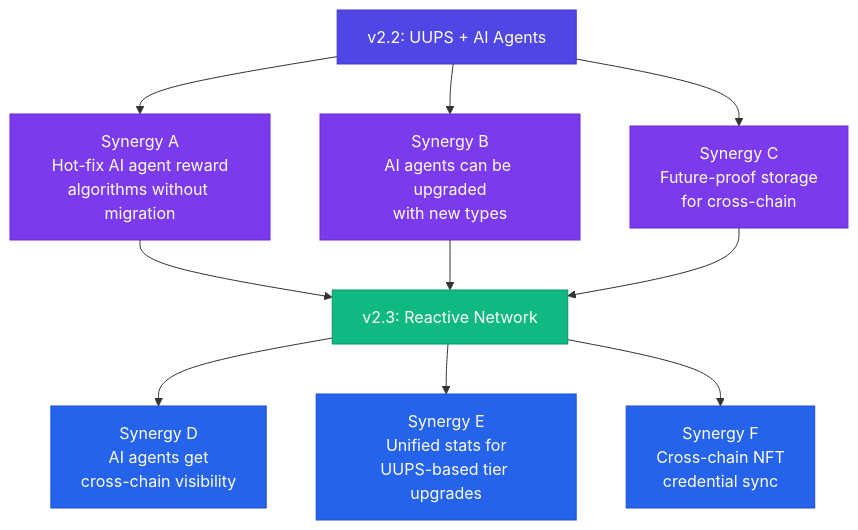
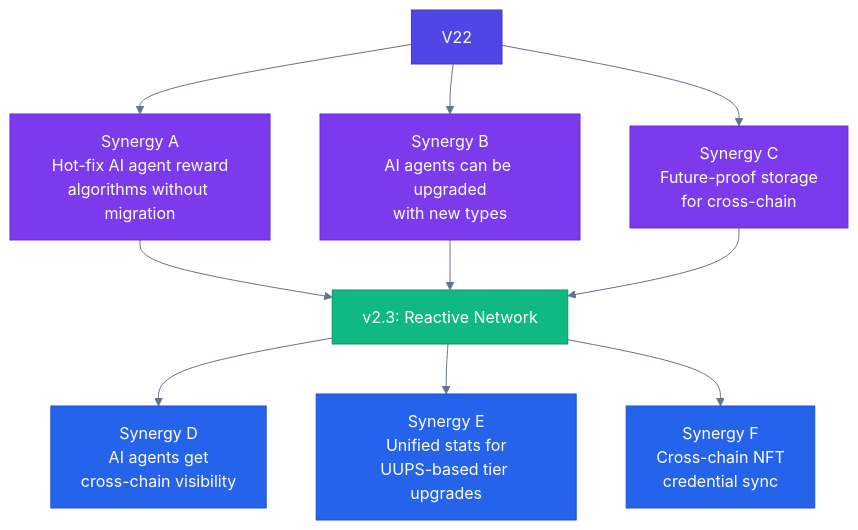
One commit to guglxni/the-fixer-hook changed the first of 13 diagrams in docs/ENHANCEMENT_BRAINSTORM.md. Above: the diagram before and after it, drawn with Mermaid. The commit also changed other lines of this file and 514 other files, not shown here.

Commit message:
Clean docs: remove emojis, add professional mermaid styling

````diff
--- a/docs/ENHANCEMENT_BRAINSTORM.md
+++ b/docs/ENHANCEMENT_BRAINSTORM.md
@@ -54,22 +54,21 @@
 ```mermaid
+%%{init: {'theme': 'neutral', 'themeVariables': { 'primaryColor': '#2563eb', 'primaryTextColor': '#1e293b', 'primaryBorderColor': '#3b82f6', 'lineColor': '#64748b', 'secondaryColor': '#f1f5f9', 'tertiaryColor': '#e2e8f0'}}}%%
 flowchart TD
-    V22["v2.2: UUPS + AI Agents"]
     V22 --> SA["Synergy A\nHot-fix AI agent reward\nalgorithms without migration"]
     V22 --> SB["Synergy B\nAI agents can be upgraded\nwith new types"]
     V22 --> SC["Synergy C\nFuture-proof storage\nfor cross-chain"]
     SA --> V23["v2.3: Reactive Network"]
     SB --> V23
     SC --> V23
     V23 --> SD["Synergy D\nAI agents get\ncross-chain visibility"]
     V23 --> SE["Synergy E\nUnified stats for\nUUPS-based tier upgrades"]
     V23 --> SF["Synergy F\nCross-chain NFT\ncredential sync"]
-
     style V22 fill:#4F46E5,color:#FFFFFF,stroke:#4338CA
     style V23 fill:#10B981,color:#FFFFFF,stroke:#059669
     style SA fill:#7C3AED,color:#FFFFFF,stroke:#6D28D9
     style SB fill:#7C3AED,color:#FFFFFF,stroke:#6D28D9
     style SC fill:#7C3AED,color:#FFFFFF,stroke:#6D28D9
     style SD fill:#2563EB,color:#FFFFFF,stroke:#1D4ED8
     style SE fill:#2563EB,color:#FFFFFF,stroke:#1D4ED8
     style SF fill:#2563EB,color:#FFFFFF,stroke:#1D4ED8
 ```
````
